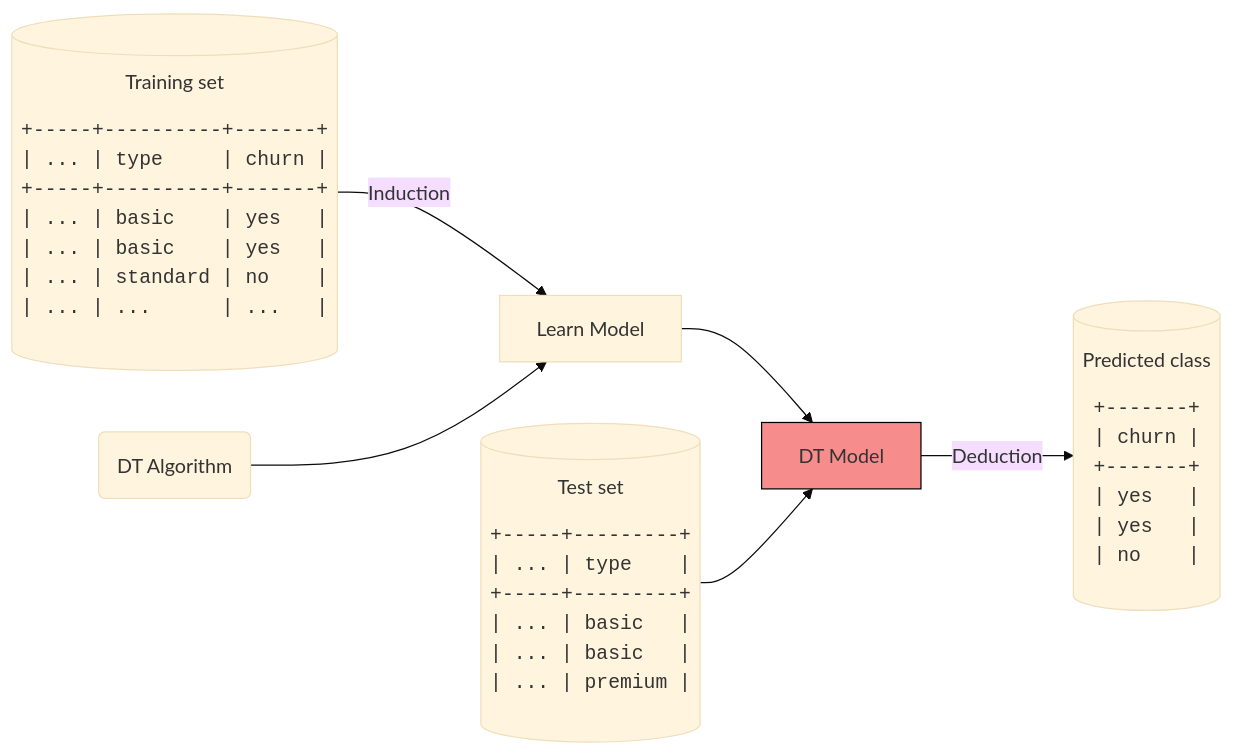
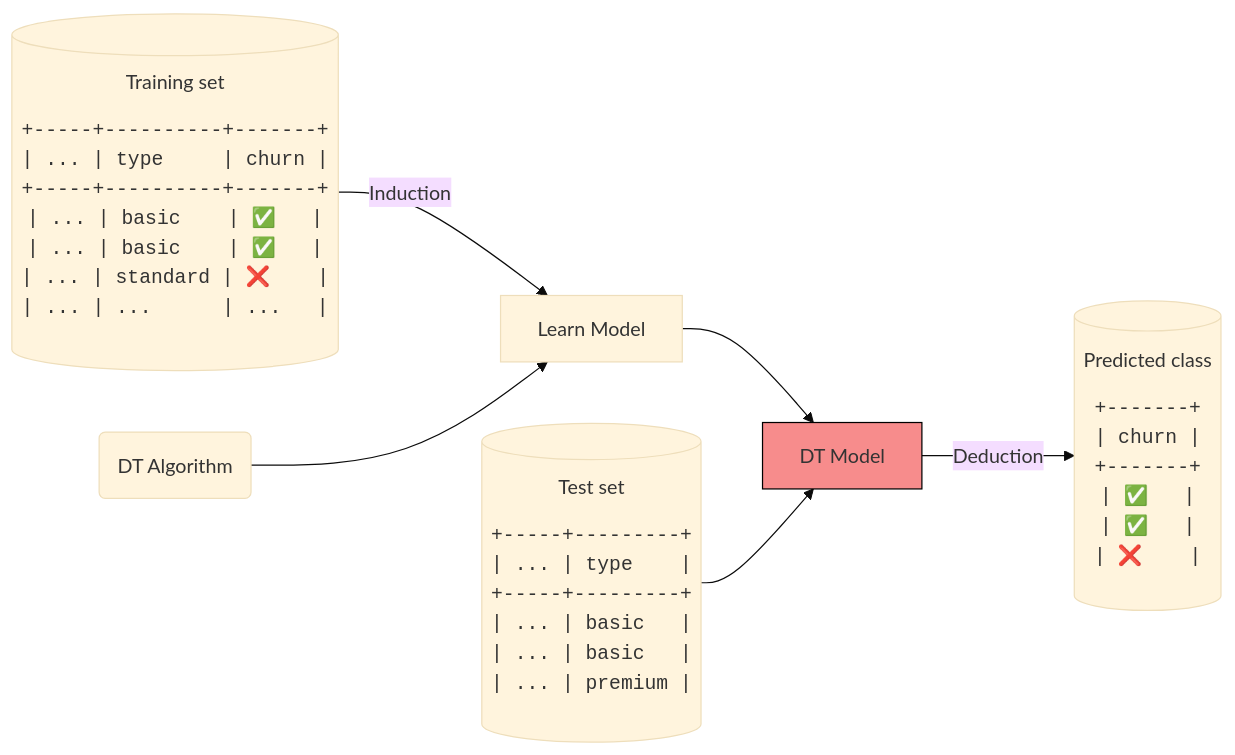
The first of 21 diagrams in slides/02-dt.qmd (w4bo/AA2627-unibo-mldm), drawn with Mermaid (base theme) before and after one commit. The commit also changed other lines of this file and 6 other files, not shown here.

````diff
--- a/slides/02-dt.qmd
+++ b/slides/02-dt.qmd
@@ -100,40 +100,40 @@
 ```{mermaid}
 %%| echo: false
 flowchart LR
     A[("Training set
 <pre>
 +-----+----------+-------+
 | ... | type     | churn |
 +-----+----------+-------+
-| ... | basic    | yes   |
-| ... | basic    | yes   |
-| ... | standard | no    |
+| ... | basic    | ✅   |
+| ... | basic    | ✅   |
+| ... | standard | ❌    |
 | ... | ...      | ...   |
 </pre>")]
 G[("Test set
 <pre>
 +-----+---------+
 | ... | type    |
 +-----+---------+
 | ... | basic   |
 | ... | basic   |
 | ... | premium |
 </pre>")]
 F[("
 Predicted class
 <pre>
 +-------+
 | churn |
 +-------+
-| yes   |
-| yes   |
-| no    |
+| ✅   |
+| ✅   |
+| ❌    |
 </pre>")]
     A -->|Induction| B[Learn Model]
     C(DT Algorithm) --> B
     B --> D[DT Model]
     D -->|Deduction| F
     G --> D
 
     style D fill:#f78c8c,stroke:#000
 ```
````
